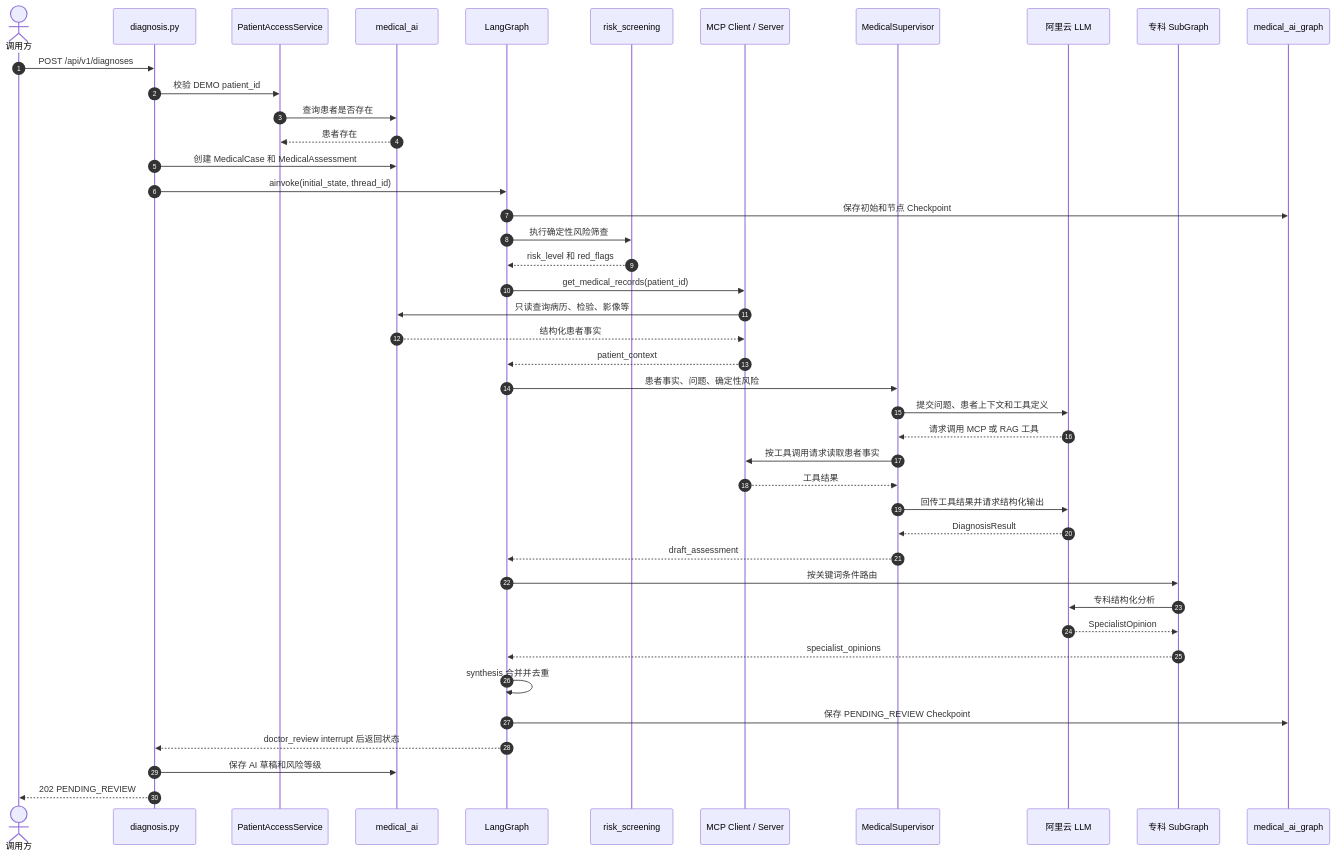
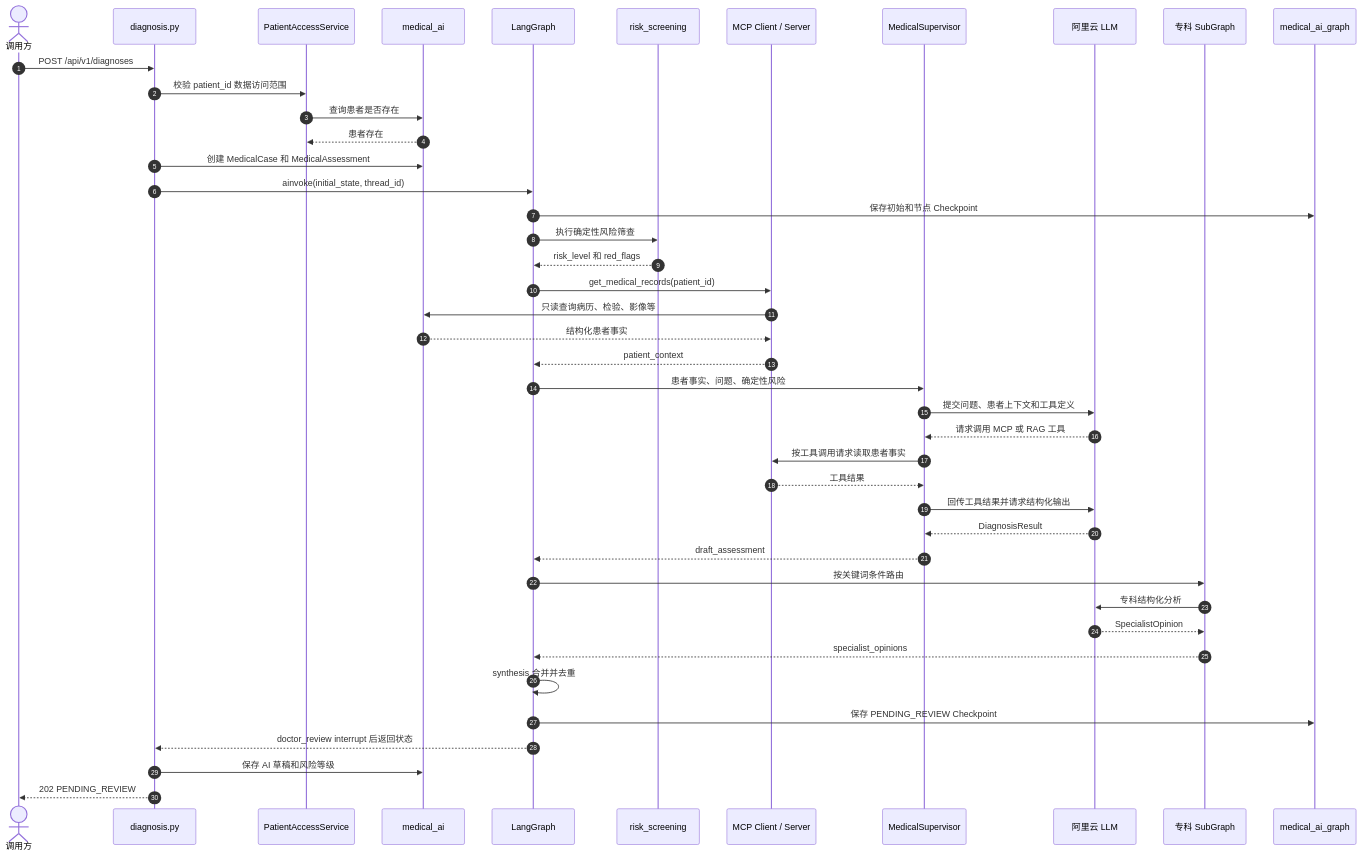
The eighth of 12 diagrams in docs/business-technical-flow.md (929711991/medical-multi-agent), drawn with Mermaid before and after one commit. The commit also changed other lines of this file and 6 other files, not shown here.

````diff
--- a/docs/business-technical-flow.md
+++ b/docs/business-technical-flow.md
@@ -266,46 +266,46 @@
 ```mermaid
 sequenceDiagram
     autonumber
     actor User as 调用方
     participant API as diagnosis.py
     participant Access as PatientAccessService
     participant Biz as medical_ai
     participant Graph as LangGraph
     participant Risk as risk_screening
     participant MCP as MCP Client / Server
     participant Agent as MedicalSupervisor
     participant LLM as 阿里云 LLM
     participant Sub as 专科 SubGraph
     participant CP as medical_ai_graph
 
     User->>API: POST /api/v1/diagnoses
-    API->>Access: 校验 DEMO patient_id
+    API->>Access: 校验 patient_id 数据访问范围
     Access->>Biz: 查询患者是否存在
     Biz-->>Access: 患者存在
     API->>Biz: 创建 MedicalCase 和 MedicalAssessment
     API->>Graph: ainvoke(initial_state, thread_id)
     Graph->>CP: 保存初始和节点 Checkpoint
     Graph->>Risk: 执行确定性风险筛查
     Risk-->>Graph: risk_level 和 red_flags
     Graph->>MCP: get_medical_records(patient_id)
     MCP->>Biz: 只读查询病历、检验、影像等
     Biz-->>MCP: 结构化患者事实
     MCP-->>Graph: patient_context
     Graph->>Agent: 患者事实、问题、确定性风险
     Agent->>LLM: 提交问题、患者上下文和工具定义
     LLM-->>Agent: 请求调用 MCP 或 RAG 工具
     Agent->>MCP: 按工具调用请求读取患者事实
     MCP-->>Agent: 工具结果
     Agent->>LLM: 回传工具结果并请求结构化输出
     LLM-->>Agent: DiagnosisResult
     Agent-->>Graph: draft_assessment
     Graph->>Sub: 按关键词条件路由
     Sub->>LLM: 专科结构化分析
     LLM-->>Sub: SpecialistOpinion
     Sub-->>Graph: specialist_opinions
     Graph->>Graph: synthesis 合并并去重
     Graph->>CP: 保存 PENDING_REVIEW Checkpoint
     Graph-->>API: doctor_review interrupt 后返回状态
     API->>Biz: 保存 AI 草稿和风险等级
     API-->>User: 202 PENDING_REVIEW
 ```
````
